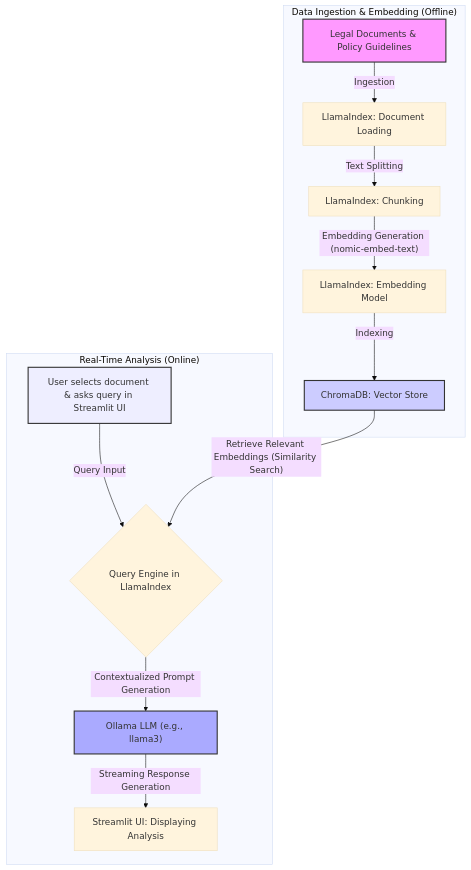
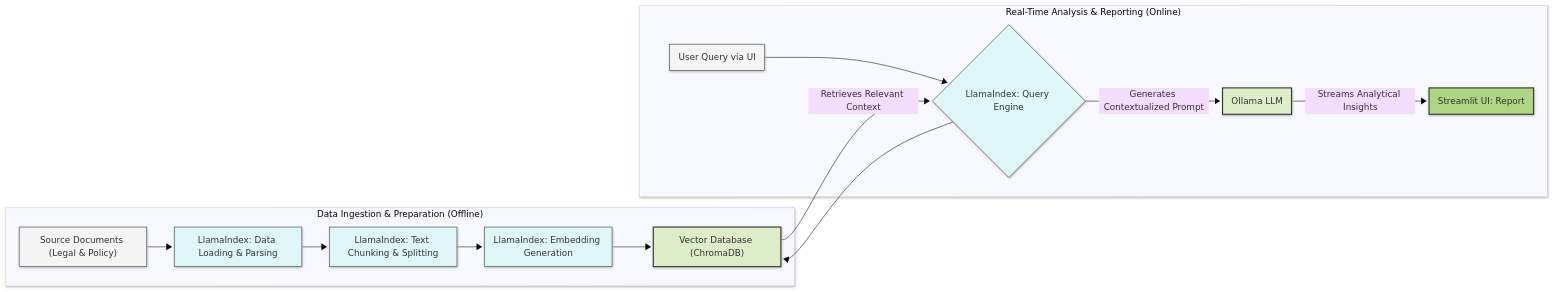
The diagram in README.md (Vignesh-Thiagarajan-DS/AI-Privacy-Policy-Analyzer), drawn with Mermaid (base theme) before and after one commit. The commit also changed other lines of this file, not shown here.

````diff
--- a/README.md
+++ b/README.md
@@ -44,21 +44,40 @@
 ```mermaid
-graph TD
-    subgraph "Data Ingestion & Embedding (Offline)"
-        A["Legal Documents & Policy Guidelines"] -- Ingestion --> B["LlamaIndex: Document Loading"];
-        B -- Text Splitting --> C["LlamaIndex: Chunking"];
-        C -- Embedding Generation (nomic-embed-text) --> D["LlamaIndex: Embedding Model"];
-        D -- Indexing --> E["ChromaDB: Vector Store"];
-    end
+---
+config:
+  layout: fixed
+  look: neo
+---
+flowchart LR
+ subgraph subGraph0["Data Ingestion & Preparation (Offline)"]
+        E["Vector Database (ChromaDB)"]
+        D["LlamaIndex: Embedding Generation"]
+        C["LlamaIndex: Text Chunking & Splitting"]
+        B["LlamaIndex: Data Loading & Parsing"]
+        A["Source Documents (Legal & Policy)"]
+  end
+ subgraph subGraph1["Real-Time Analysis & Reporting (Online)"]
+        G{"LlamaIndex: Query Engine"}
+        F["User Query via UI"]
+        H["Ollama LLM"]
+        I["Streamlit UI: Report"]
+  end
+    A --> B
+    B --> C
+    C --> D
+    D --> E
+    F --> G
+    G --> E
+    E -- Retrieves Relevant Context --> G
+    G -- Generates Contextualized Prompt --> H
+    H -- Streams Analytical Insights --> I
+    style A fill:#f5f5f5,color:#333,stroke:#333,stroke-width:1px
+    style B fill:#e0f7fa,color:#333,stroke:#333,stroke-width:1px
+    style C fill:#e0f7fa,color:#333,stroke:#333,stroke-width:1px
+    style D fill:#e0f7fa,color:#333,stroke:#333,stroke-width:1px
+    style E fill:#dcedc8,color:#333,stroke:#333,stroke-width:2px
+    style F fill:#f5f5f5,color:#333,stroke:#333,stroke-width:1px
+    style G fill:#e0f7fa,color:#333,stroke:#333,stroke-width:1px
+    style H fill:#dcedc8,color:#333,stroke:#333,stroke-width:2px
+    style I fill:#aed581,color:#333,stroke:#333,stroke-width:2px
 
-    subgraph "Real-Time Analysis (Online)"
-        F["User selects document & asks query in Streamlit UI"] -- Query Input --> G{"Query Engine in LlamaIndex"};
-        E -- Retrieve Relevant Embeddings (Similarity Search) --> G;
-        G -- Contextualized Prompt Generation --> H["Ollama LLM (e.g., llama3)"];
-        H -- Streaming Response Generation --> I["Streamlit UI: Displaying Analysis"];
-    end
-
-    style A fill:#f9f,stroke:#333,stroke-width:2px
-    style E fill:#ccf,stroke:#333,stroke-width:2px
-    style F fill:#eef,stroke:#333,stroke-width:2px
-    style H fill:#aaf,stroke:#333,stroke-width:2px
 ```
````
